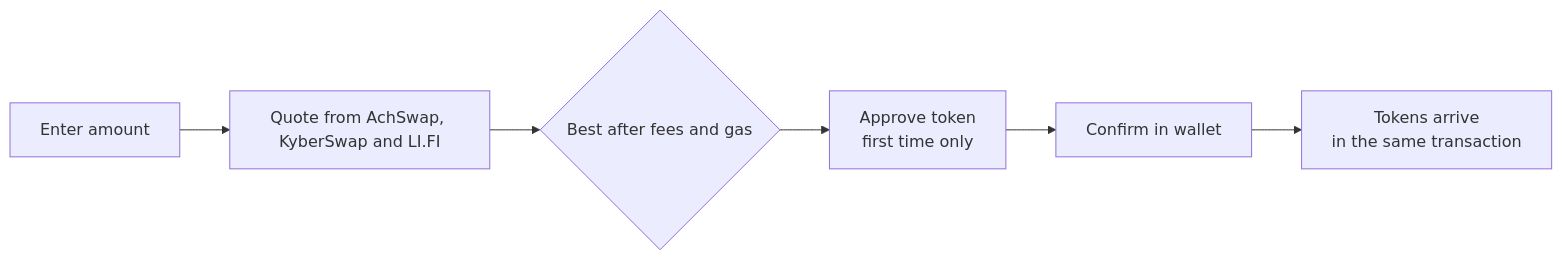
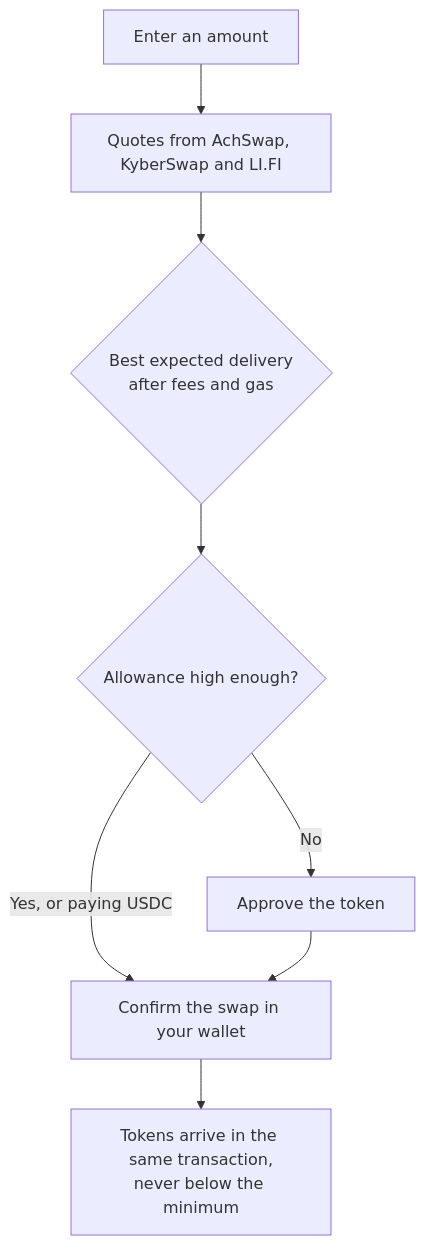
Before and after one commit to Asif2902/achswap-docs: the diagram in docs/getting-started/quick-start.md, drawn with Mermaid. The commit also changed other lines of this file and 38 other files, not shown here.

````diff
--- a/docs/getting-started/quick-start.md
+++ b/docs/getting-started/quick-start.md
@@ -27,8 +27,10 @@
 ```mermaid
-flowchart LR
-  A[Enter amount] --> B[Quote from AchSwap, KyberSwap and LI.FI]
-  B --> C{Best after fees and gas}
-  C --> D[Approve token<br/>first time only]
-  D --> E[Confirm in wallet]
-  E --> F[Tokens arrive<br/>in the same transaction]
+flowchart TD
+  A["Enter an amount"] --> B["Quotes from AchSwap, KyberSwap and LI.FI"]
+  B --> C{"Best expected delivery<br/>after fees and gas"}
+  C --> D{"Allowance high enough?"}
+  D -->|No| E["Approve the token"]
+  D -->|"Yes, or paying USDC"| F["Confirm the swap in your wallet"]
+  E --> F
+  F --> G["Tokens arrive in the same transaction,<br/>never below the minimum"]
 ```
````
